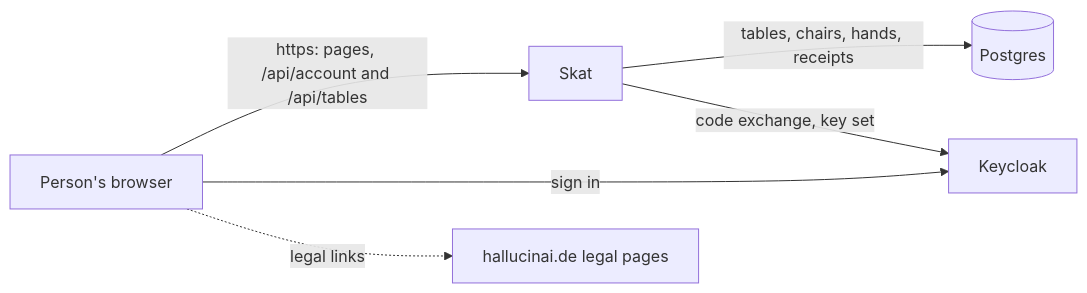
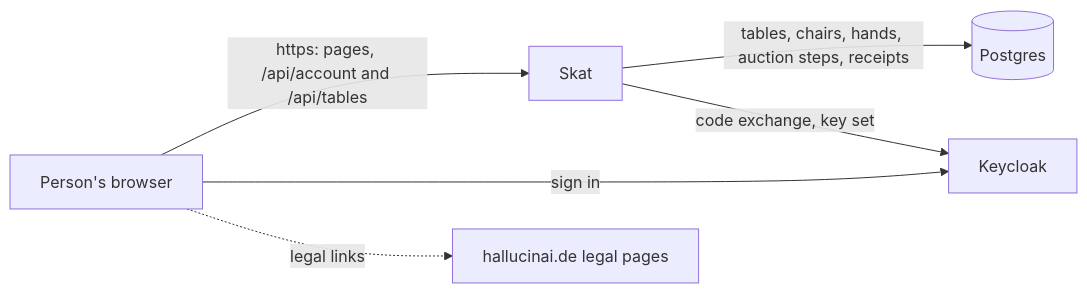
One commit to overnightworks/skat changed the first of 3 diagrams in docs/ARCHITECTURE.md. Above: the diagram before and after it, drawn with Mermaid. The commit also changed other lines of this file and 23 other files, not shown here.

````diff
--- a/docs/ARCHITECTURE.md
+++ b/docs/ARCHITECTURE.md
@@ -7,8 +7,8 @@
 ```mermaid
 flowchart LR
     person["Person's browser"] -->|"https: pages, /api/account and /api/tables"| skat["Skat"]
     person -->|"sign in"| keycloak["Keycloak"]
-    skat -->|"tables, chairs, hands, receipts"| database[("Postgres")]
+    skat -->|"tables, chairs, hands, auction steps, receipts"| database[("Postgres")]
     skat -->|"code exchange, key set"| keycloak
     person -.->|"legal links"| legal["hallucinai.de legal pages"]
 ```
````
